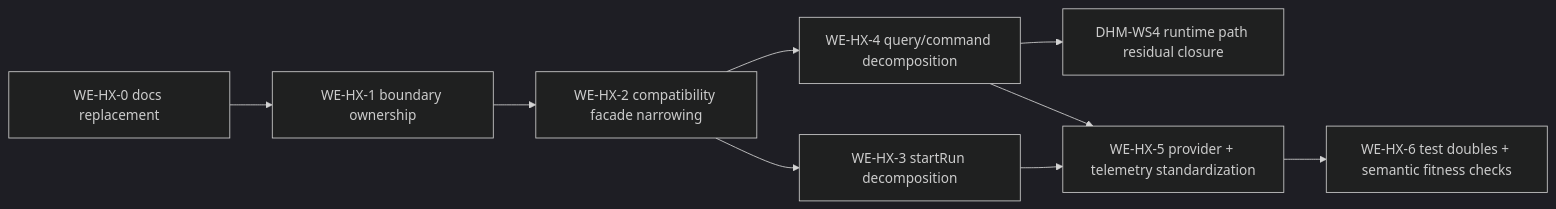
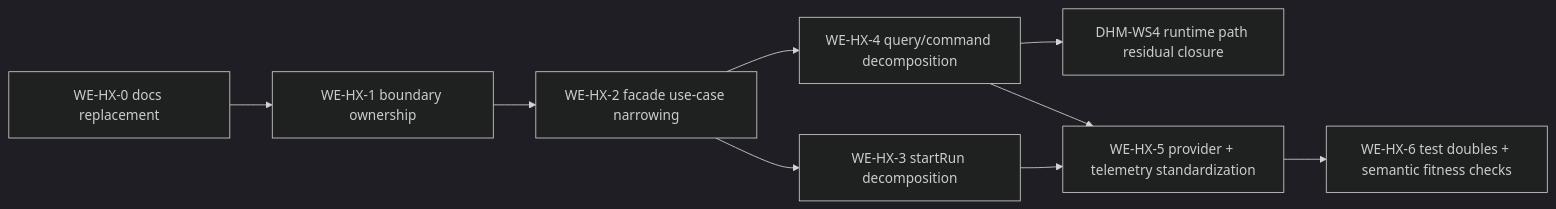
The seventh of 7 diagrams in docs/architecture/components/engine/architecture/workflow-engine-target-architecture.v1.md (dunay2/dvt), drawn with Mermaid (dark theme) before and after one commit. The commit also changed other lines of this file and 20 other files, not shown here.

````diff
--- a/docs/architecture/components/engine/architecture/workflow-engine-target-architecture.v1.md
+++ b/docs/architecture/components/engine/architecture/workflow-engine-target-architecture.v1.md
@@ -350,11 +349,11 @@
 ```mermaid
 flowchart LR
   A["WE-HX-0 docs replacement"] --> B["WE-HX-1 boundary ownership"]
-  B --> C["WE-HX-2 compatibility facade narrowing"]
+  B --> C["WE-HX-2 facade use-case narrowing"]
   C --> D["WE-HX-3 startRun decomposition"]
   C --> E["WE-HX-4 query/command decomposition"]
   E --> E2["DHM-WS4 runtime path residual closure"]
   D --> F["WE-HX-5 provider + telemetry standardization"]
   E --> F
   F --> G["WE-HX-6 test doubles + semantic fitness checks"]
 ```
````
